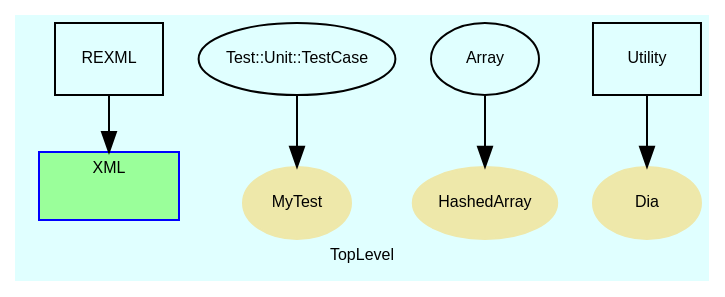
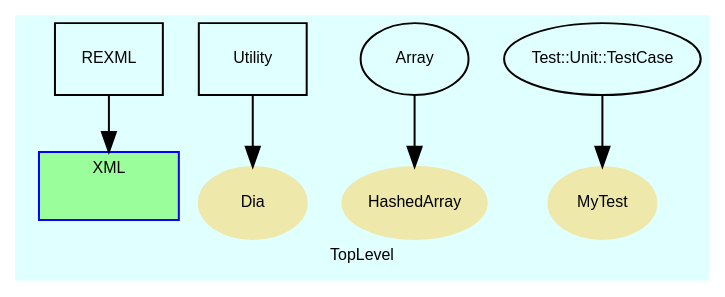
The diagram in doc/dot/f_1.dot (noda50/RubyItk), drawn with Graphviz before and after one commit. The commit also changed 197 other files, not shown here.

```diff
--- a/doc/dot/f_1.dot
+++ b/doc/dot/f_1.dot
@@ -1,94 +1,94 @@
 digraph TopLevel {
-    fontsize = 8
-    compound = true
     label = "TopLevel"
     bgcolor = lightcyan1
+    fontsize = 8
     fontname = Arial
+    compound = true
     node [
         fontsize = 8,
-        fontname = Arial,
-        color = black
+        color = black,
+        fontname = Arial
     ]
 
     subgraph cluster_XML {
+        label = "XML"
+        style = filled
+        URL = "classes/XML.html"
+        color = blue
+        fontname = Arial
         fillcolor = palegreen1
-        label = "XML"
-        URL = "classes/XML.html"
-        fontname = Arial
-        style = filled
-        color = blue
         XML [
+            width = 0.75,
             shape = plaintext,
-            width = 0.75,
             height = 0.01,
             label = ""
         ]
 
     }
 
     REXML [
+        URL = "classes/REXML.html",
         shape = box,
-        URL = "classes/REXML.html",
         label = "REXML"
     ]
 
     REXML -> XML [
         lhead = cluster_XML
     ]
 
+    Dia [
+        style = filled,
+        URL = "classes/Dia.html",
+        color = palegoldenrod,
+        shape = ellipse,
+        fontcolor = black,
+        label = "Dia"
+    ]
+
+    HashedArray [
+        style = filled,
+        URL = "classes/HashedArray.html",
+        color = palegoldenrod,
+        shape = ellipse,
+        fontcolor = black,
+        label = "HashedArray"
+    ]
+
     MyTest [
+        style = filled,
+        URL = "classes/MyTest.html",
+        color = palegoldenrod,
+        shape = ellipse,
         fontcolor = black,
-        shape = ellipse,
-        URL = "classes/MyTest.html",
-        style = filled,
-        color = palegoldenrod,
         label = "MyTest"
     ]
 
-    HashedArray [
-        fontcolor = black,
-        shape = ellipse,
-        URL = "classes/HashedArray.html",
-        style = filled,
-        color = palegoldenrod,
-        label = "HashedArray"
+    Utility [
+        URL = "classes/Utility.html",
+        shape = box,
+        label = "Utility"
     ]
 
-    Dia [
-        fontcolor = black,
-        shape = ellipse,
-        URL = "classes/Dia.html",
-        style = filled,
-        color = palegoldenrod,
-        label = "Dia"
-    ]
-
-    Test__Unit__TestCase [
-        URL = "classes/Test/Unit/TestCase.html",
-        label = "Test::Unit::TestCase"
-    ]
-
-    Test__Unit__TestCase -> MyTest [
+    Utility -> Dia [
 
     ]
 
     Array [
         URL = "classes/Array.html",
         label = "Array"
     ]
 
     Array -> HashedArray [
 
     ]
 
-    Utility [
-        shape = box,
-        URL = "classes/Utility.html",
-        label = "Utility"
+    Test__Unit__TestCase [
+        URL = "classes/Test/Unit/TestCase.html",
+        label = "Test::Unit::TestCase"
     ]
 
-    Utility -> Dia [
+    Test__Unit__TestCase -> MyTest [
 
     ]
 
 }
```
